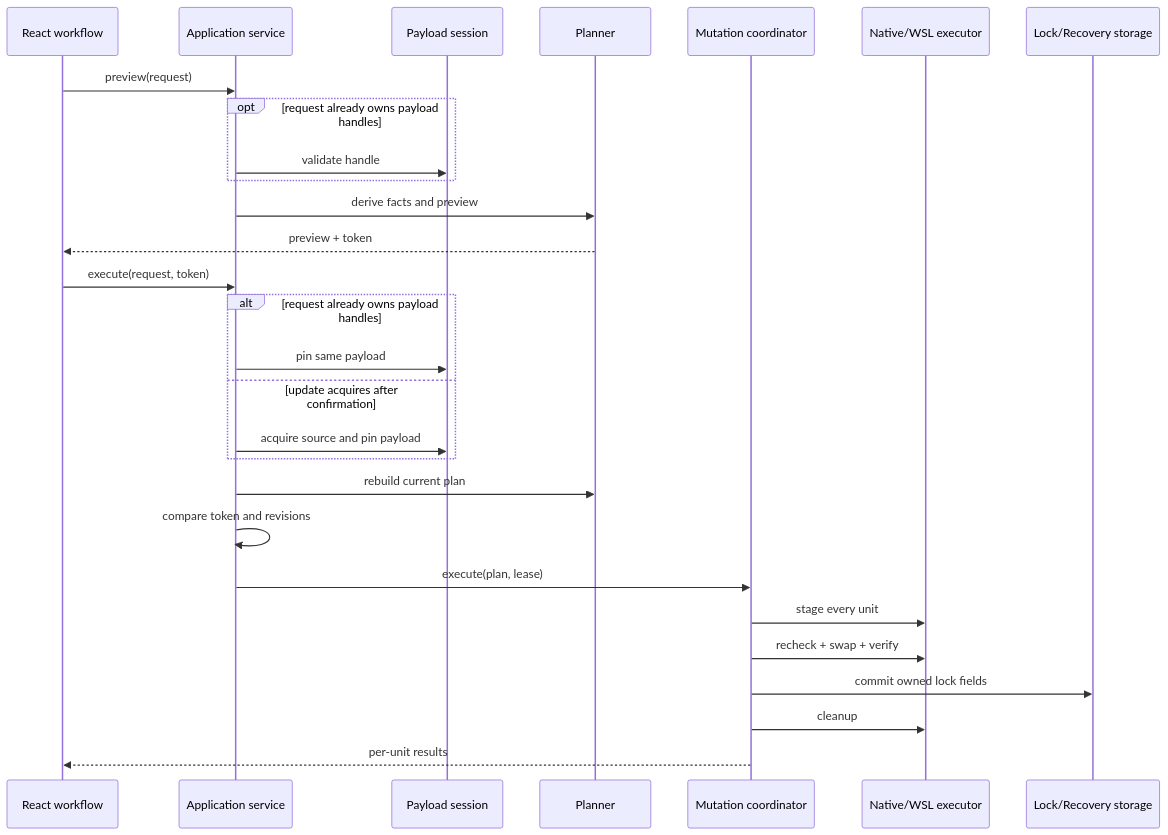
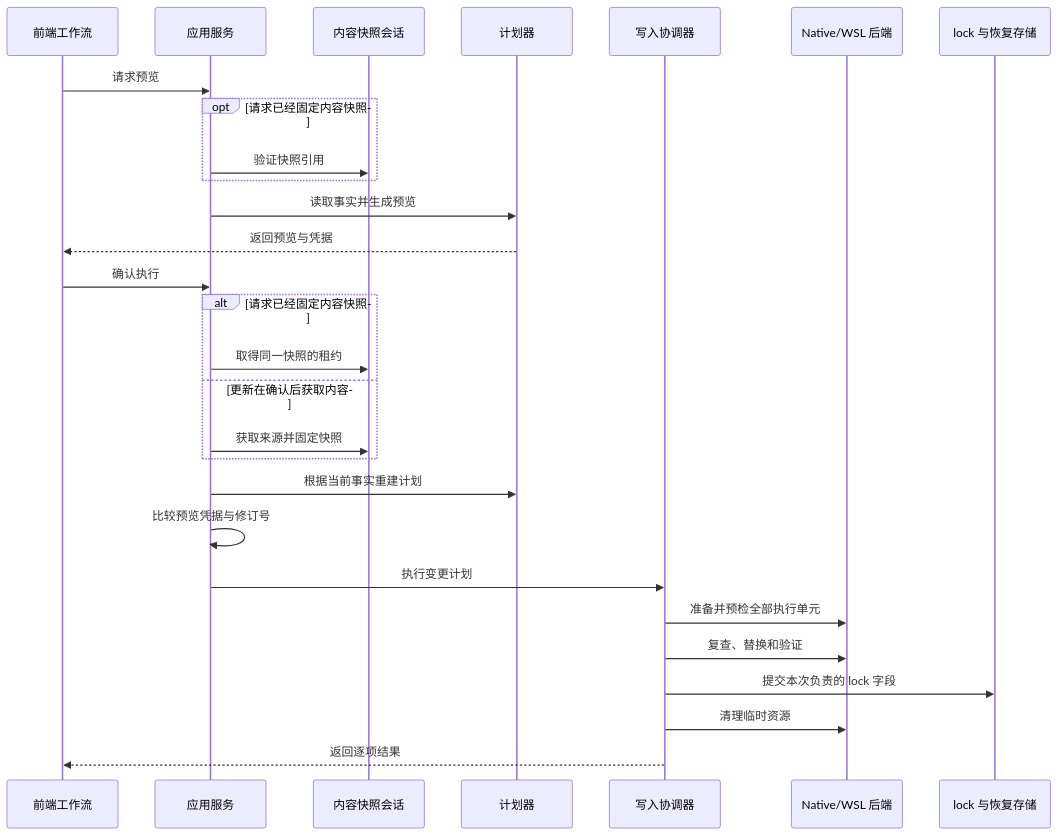
The first of 2 diagrams in docs/execution-and-recovery.md (Hccake/skill-deck), drawn with Mermaid before and after one commit. The commit also changed other lines of this file and 3 other files, not shown here.

````diff
--- a/docs/execution-and-recovery.md
+++ b/docs/execution-and-recovery.md
@@ -55,31 +57,31 @@
 ```mermaid
 sequenceDiagram
-    participant UI as React workflow
-    participant Service as Application service
-    participant Payload as Payload session
-    participant Planner as Planner
-    participant Coordinator as Mutation coordinator
-    participant Backend as Native/WSL executor
-    participant Storage as Lock/Recovery storage
+    participant UI as 前端工作流
+    participant Service as 应用服务
+    participant Payload as 内容快照会话
+    participant Planner as 计划器
+    participant Coordinator as 写入协调器
+    participant Backend as Native/WSL 后端
+    participant Storage as lock 与恢复存储
 
-    UI->>Service: preview(request)
-    opt request already owns payload handles
-        Service->>Payload: validate handle
+    UI->>Service: 请求预览
+    opt 请求已经固定内容快照
+        Service->>Payload: 验证快照引用
     end
-    Service->>Planner: derive facts and preview
-    Planner-->>UI: preview + token
-    UI->>Service: execute(request, token)
-    alt request already owns payload handles
-        Service->>Payload: pin same payload
-    else update acquires after confirmation
-        Service->>Payload: acquire source and pin payload
+    Service->>Planner: 读取事实并生成预览
+    Planner-->>UI: 返回预览与凭据
+    UI->>Service: 确认执行
+    alt 请求已经固定内容快照
+        Service->>Payload: 取得同一快照的租约
+    else 更新在确认后获取内容
+        Service->>Payload: 获取来源并固定快照
     end
-    Service->>Planner: rebuild current plan
-    Service->>Service: compare token and revisions
-    Service->>Coordinator: execute(plan, lease)
-    Coordinator->>Backend: stage every unit
-    Coordinator->>Backend: recheck + swap + verify
-    Coordinator->>Storage: commit owned lock fields
-    Coordinator->>Backend: cleanup
-    Coordinator-->>UI: per-unit results
+    Service->>Planner: 根据当前事实重建计划
+    Service->>Service: 比较预览凭据与修订号
+    Service->>Coordinator: 执行变更计划
+    Coordinator->>Backend: 准备并预检全部执行单元
+    Coordinator->>Backend: 复查、替换和验证
+    Coordinator->>Storage: 提交本次负责的 lock 字段
+    Coordinator->>Backend: 清理临时资源
+    Coordinator-->>UI: 返回逐项结果
 ```
````
